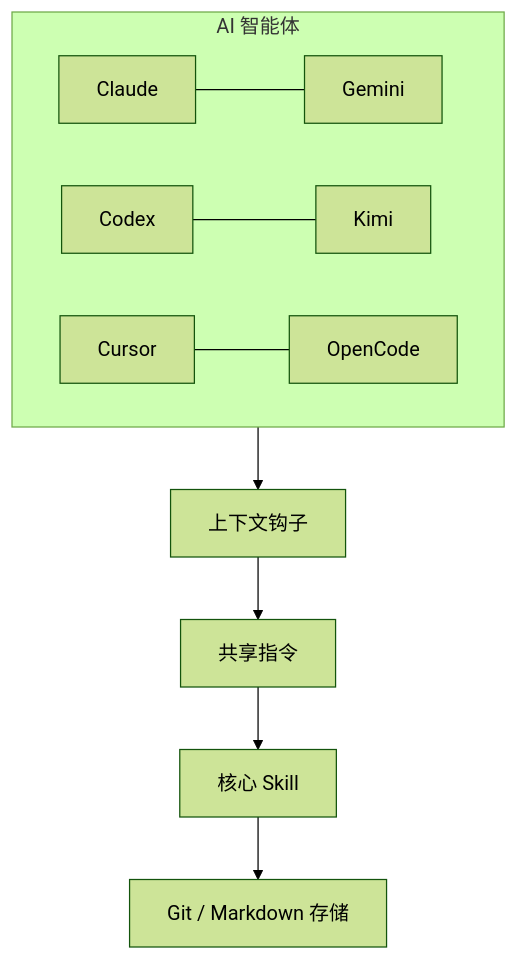
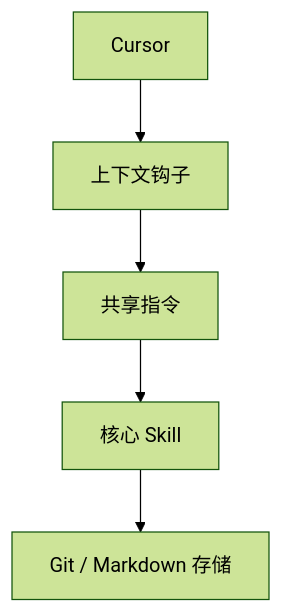
One commit to WilliamMunster/testcase-os changed the third of 3 diagrams in README.zh-CN.md. Above: the diagram before and after it, drawn with Mermaid (forest theme). The commit also changed other lines of this file and 1 other file, not shown here.

Commit message:
docs: 中文/日文 README 同步架构图精简和 Confluence 引导

````diff
--- a/README.zh-CN.md
+++ b/README.zh-CN.md
@@ -45,12 +45,7 @@
 ```mermaid
 graph TD
-    subgraph Agents["AI 智能体"]
-        C[Claude] --- G[Gemini]
-        CX[Codex] --- K[Kimi]
-        CR[Cursor] --- O[OpenCode]
-    end
-    Agents --> HOK["上下文钩子"]
+    CR[Cursor] --> HOK["上下文钩子"]
     HOK --> SI["共享指令"]
     SI --> SKI["核心 Skill"]
     SKI --> GIT["Git / Markdown 存储"]
 ```
````
